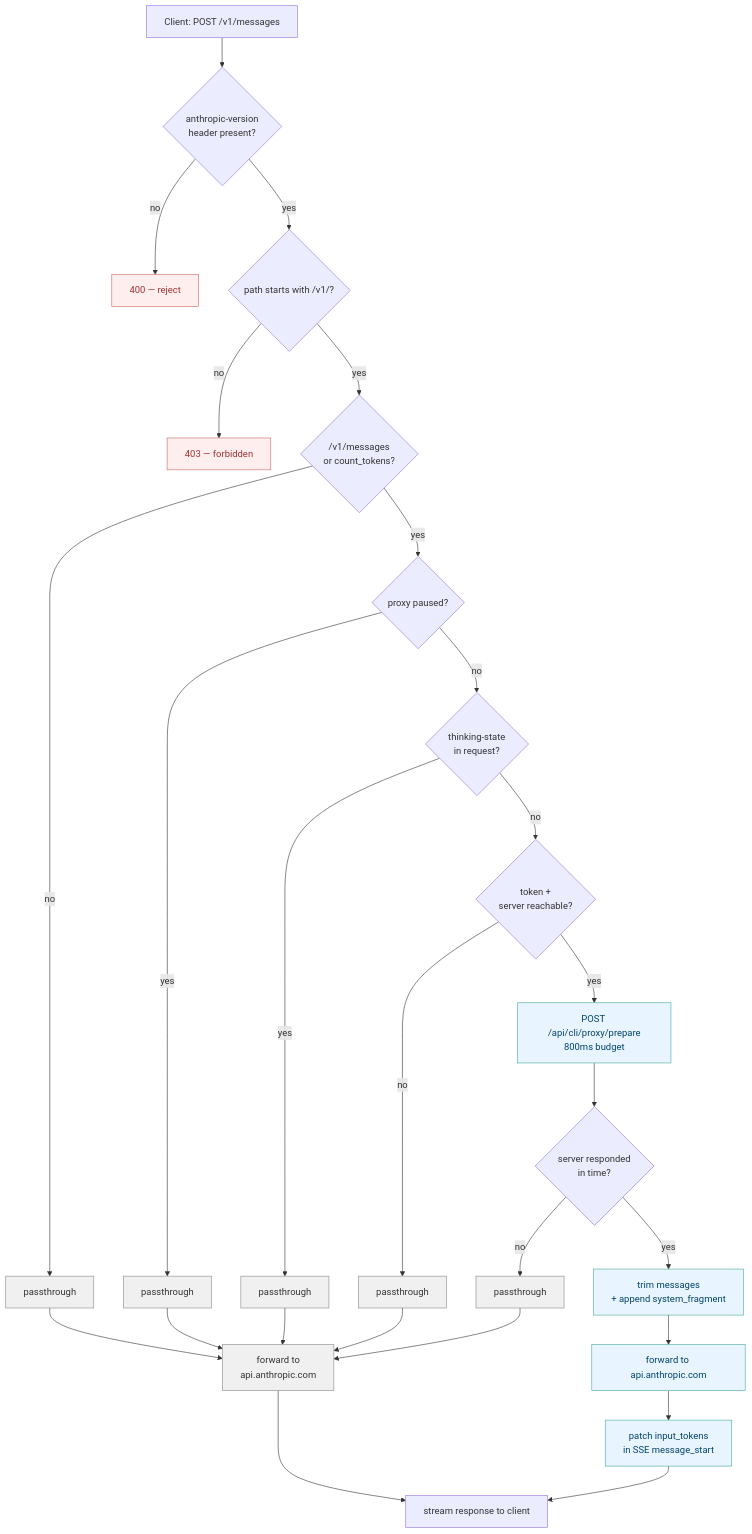
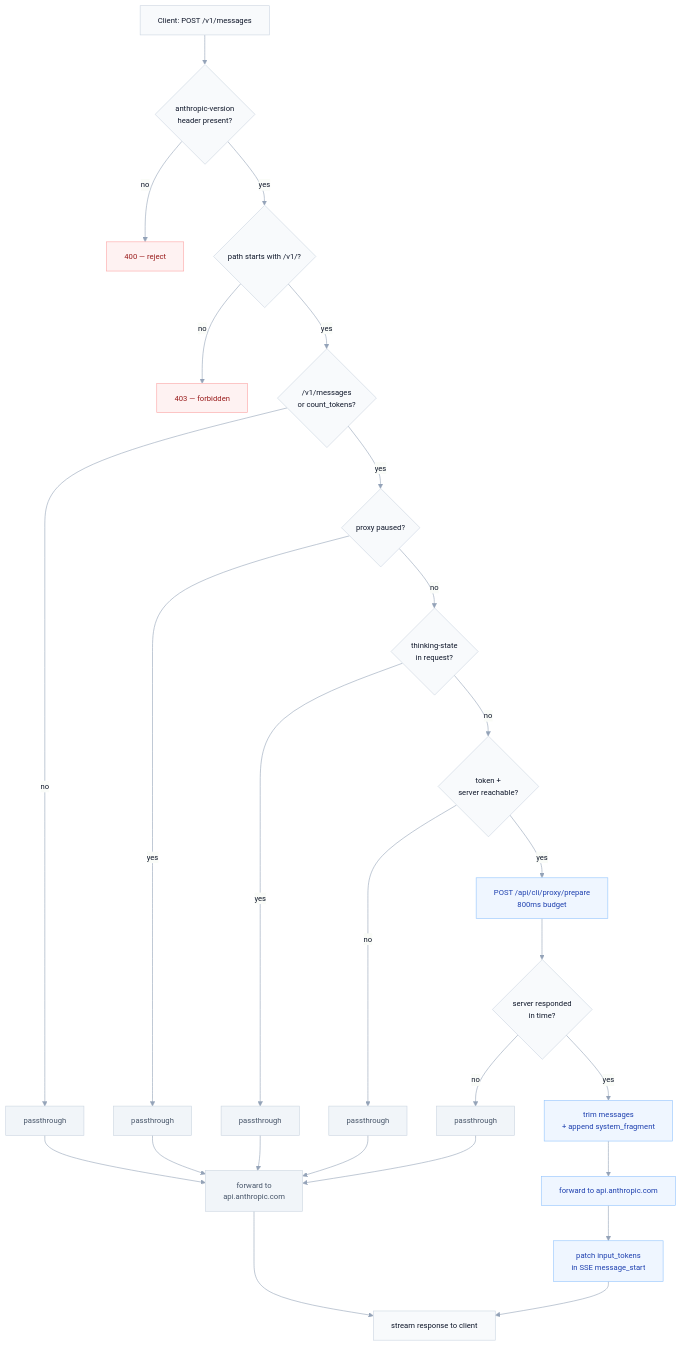
Before and after one commit to TwoErgoSum/Ergosum-Proxy: the first of 4 diagrams in README.md, drawn with Mermaid. The commit also changed other lines of this file, not shown here.

Commit message:
Restyle mermaid diagrams with clean minimal theme, drop star-history embed

````diff
--- a/README.md
+++ b/README.md
@@ -66,35 +66,46 @@
 ```mermaid
+---
+config:
+  theme: base
+  themeVariables:
+    primaryColor: "#f8fafc"
+    primaryBorderColor: "#cbd5e1"
+    primaryTextColor: "#0f172a"
+    lineColor: "#94a3b8"
+    fontFamily: "ui-sans-serif, system-ui, sans-serif"
+    fontSize: "13px"
+---
 flowchart TD
     A[Client: POST /v1/messages] --> B{anthropic-version<br/>header present?}
     B -->|no| X[400 — reject]
     B -->|yes| C{path starts with /v1/?}
     C -->|no| Y[403 — forbidden]
     C -->|yes| D{/v1/messages<br/>or count_tokens?}
     D -->|no| F1[passthrough]
     D -->|yes| E{proxy paused?}
     E -->|yes| F2[passthrough]
     E -->|no| G{thinking-state<br/>in request?}
     G -->|yes| F3[passthrough]
     G -->|no| H{token +<br/>server reachable?}
     H -->|no| F4[passthrough]
     H -->|yes| I[POST /api/cli/proxy/prepare<br/>800ms budget]
     I --> J{server responded<br/>in time?}
     J -->|no| F5[passthrough]
     J -->|yes| K[trim messages<br/>+ append system_fragment]
     K --> L[forward to api.anthropic.com]
     L --> M[patch input_tokens<br/>in SSE message_start]
     M --> N[stream response to client]
     F1 --> L0[forward to<br/>api.anthropic.com]
     F2 --> L0
     F3 --> L0
     F4 --> L0
     F5 --> L0
     L0 --> N
 
-    classDef pass fill:#f0f0f0,stroke:#888,color:#333
-    classDef reject fill:#fee,stroke:#c66,color:#933
-    classDef active fill:#e8f4ff,stroke:#4a9,color:#046
+    classDef pass fill:#f1f5f9,stroke:#cbd5e1,color:#475569
+    classDef reject fill:#fef2f2,stroke:#fca5a5,color:#991b1b
+    classDef active fill:#eff6ff,stroke:#93c5fd,color:#1e40af
     class F1,F2,F3,F4,F5,L0 pass
     class X,Y reject
     class I,K,L,M active
 ```
````
